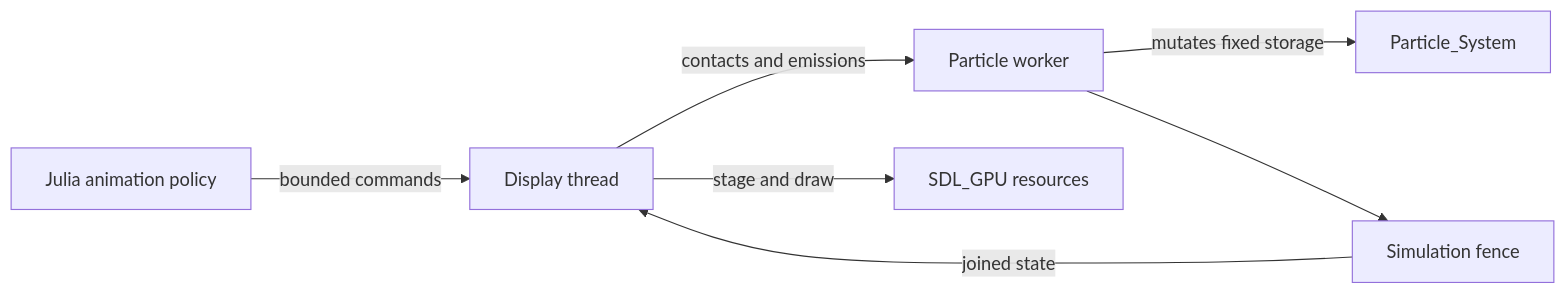
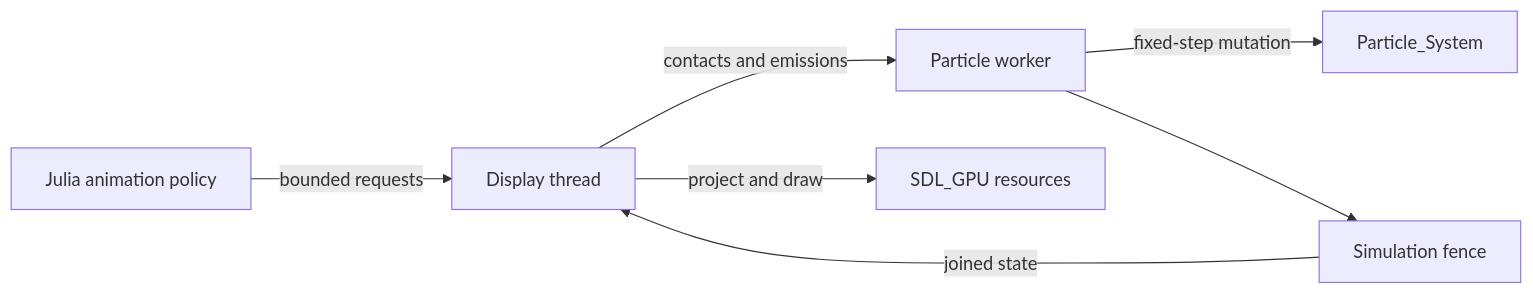
One commit to derekshoneycutt/Euclid changed the first of 4 diagrams in docs/wiki/Guides/ParticleSystem.md. Above: the diagram before and after it, drawn with Mermaid. The commit also changed other lines of this file and 11 other files, not shown here.

````diff
--- a/docs/wiki/Guides/ParticleSystem.md
+++ b/docs/wiki/Guides/ParticleSystem.md
@@ -17,9 +53,9 @@
 ```mermaid
 flowchart LR
-    Julia[Julia animation policy] -->|bounded commands| Display[Display thread]
+    Julia[Julia animation policy] -->|bounded requests| Display[Display thread]
     Display -->|contacts and emissions| Worker[Particle worker]
-    Worker -->|mutates fixed storage| System[Particle_System]
+    Worker -->|fixed-step mutation| System[Particle_System]
     Worker --> Fence[Simulation fence]
     Fence -->|joined state| Display
-    Display -->|stage and draw| GPU[SDL_GPU resources]
+    Display -->|project and draw| GPU[SDL_GPU resources]
 ```
````
